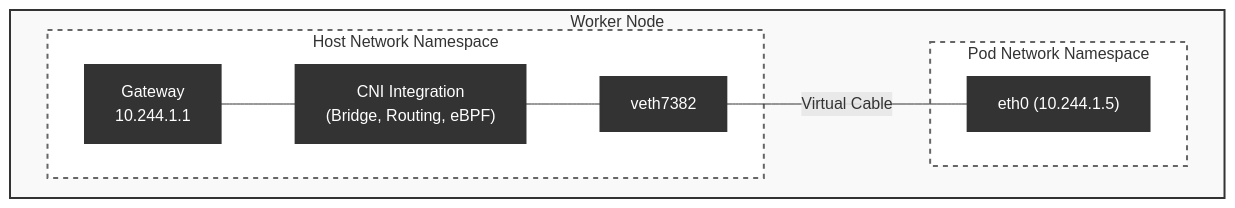
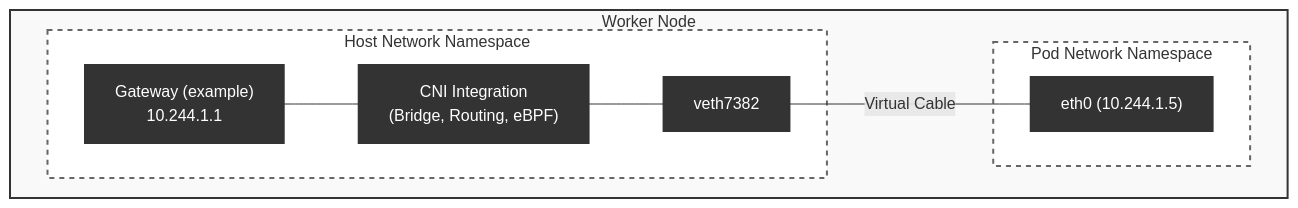
The fourth of 13 diagrams in _posts/2025-09-07-kubernetes-networking-series-part-2.md (SRodi/srodi.github.io), drawn with Mermaid before and after one commit. The commit also changed other lines of this file, not shown here.

````diff
--- a/_posts/2025-09-07-kubernetes-networking-series-part-2.md
+++ b/_posts/2025-09-07-kubernetes-networking-series-part-2.md
@@ -150,27 +150,27 @@
 ```mermaid
 graph TB
     subgraph Node ["Worker Node"]
         
         subgraph HostNS ["Host Network Namespace"]
-            NodeEth["Gateway<br>10.244.1.1"]
+            NodeEth["Gateway (example)<br>10.244.1.1"]
             CNI_Mechanism["CNI Integration<br>(Bridge, Routing, eBPF)"]
             Veth_Host["veth7382"]
         end
 
         subgraph PodNS ["Pod Network Namespace"]
             Eth0_Pod["eth0 (10.244.1.5)"]
         end
 
         %% Wiring
         NodeEth --- CNI_Mechanism
         CNI_Mechanism --- Veth_Host
         Veth_Host -- "Virtual Cable" --- Eth0_Pod
     end
 
     style Node fill:#f9f9f9,stroke:#333,stroke-width:2px,color:#333
     style HostNS fill:#fff,stroke:#666,stroke-width:2px,color:#333,stroke-dasharray: 5 5
     style PodNS fill:#fff,stroke:#666,stroke-width:2px,color:#333,stroke-dasharray: 5 5
 
     classDef component fill:#333,stroke:#333,stroke-width:2px,color:#fff
     class NodeEth,CNI_Mechanism,Veth_Host,Eth0_Pod component
 ```
````
